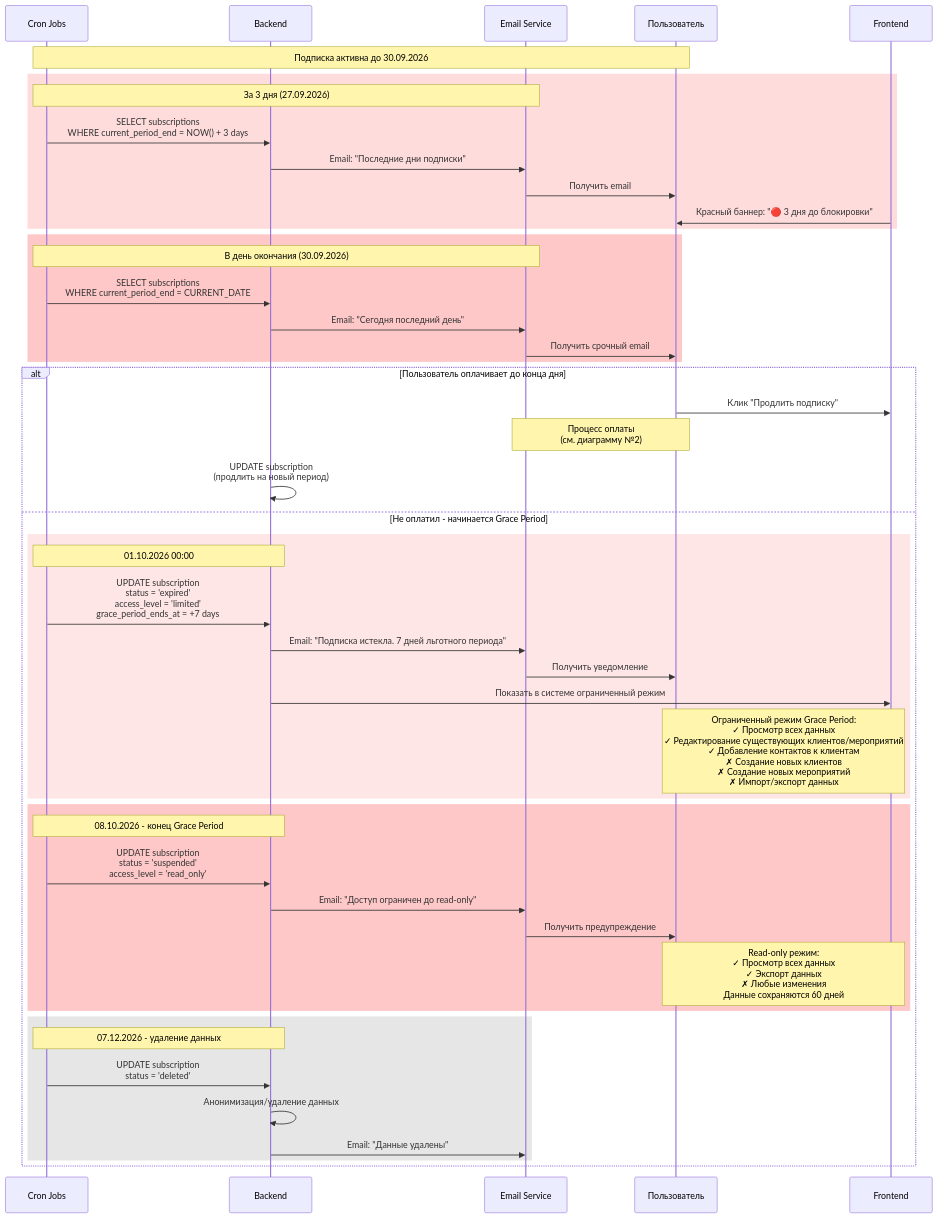
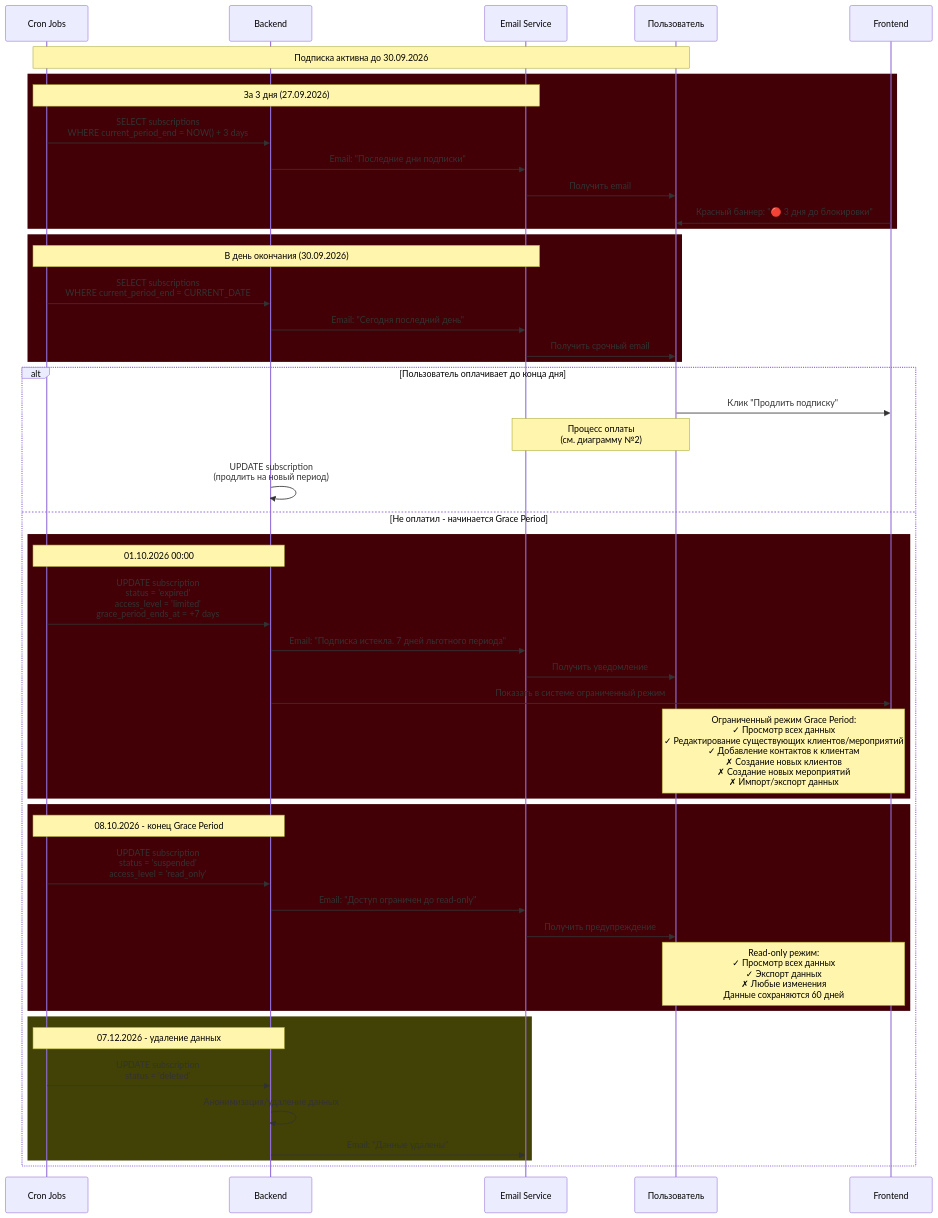
One commit to timz/anicrm-vuexy changed the third of 6 diagrams in tmp/anicrm-subscription-workflow.md. Above: the diagram before and after it, drawn with Mermaid. The commit also changed other lines of this file and 5 other files, not shown here.

````diff
--- a/tmp/anicrm-subscription-workflow.md
+++ b/tmp/anicrm-subscription-workflow.md
@@ -193,57 +193,57 @@
 ```mermaid
 sequenceDiagram
     participant C as Cron Jobs
     participant B as Backend
     participant E as Email Service
     participant U as Пользователь
     participant F as Frontend
     
     Note over C,U: Подписка активна до 30.09.2026
     
-    rect rgb(255, 220, 220)
+    rect rgb(66, 0, 6)
         Note over C,E: За 3 дня (27.09.2026)
         C->>B: SELECT subscriptions<br/>WHERE current_period_end = NOW() + 3 days
         B->>E: Email: "Последние дни подписки"
         E->>U: Получить email
         F->>U: Красный баннер: "🔴 3 дня до блокировки"
     end
     
-    rect rgb(255, 200, 200)
+    rect rgb(66, 0, 6)
         Note over C,E: В день окончания (30.09.2026)
         C->>B: SELECT subscriptions<br/>WHERE current_period_end = CURRENT_DATE
         B->>E: Email: "Сегодня последний день"
         E->>U: Получить срочный email
     end
     
     alt Пользователь оплачивает до конца дня
         U->>F: Клик "Продлить подписку"
         Note over U,E: Процесс оплаты<br/>(см. диаграмму №2)
         B->>B: UPDATE subscription<br/>(продлить на новый период)
     else Не оплатил - начинается Grace Period
-        rect rgb(255, 230, 230)
+        rect rgb(66, 0, 6)
             Note over C,B: 01.10.2026 00:00
             C->>B: UPDATE subscription<br/>status = 'expired'<br/>access_level = 'limited'<br/>grace_period_ends_at = +7 days
             B->>E: Email: "Подписка истекла. 7 дней льготного периода"
             E->>U: Получить уведомление
             B->>F: Показать в системе ограниченный режим
             
             Note over U,F: Ограниченный режим Grace Period:<br/>✓ Просмотр всех данных<br/>✓ Редактирование существующих клиентов/мероприятий<br/>✓ Добавление контактов к клиентам<br/>✗ Создание новых клиентов<br/>✗ Создание новых мероприятий<br/>✗ Импорт/экспорт данных
         end
         
-        rect rgb(255, 200, 200)
+        rect rgb(66, 0, 6)
             Note over C,B: 08.10.2026 - конец Grace Period
             C->>B: UPDATE subscription<br/>status = 'suspended'<br/>access_level = 'read_only'
             B->>E: Email: "Доступ ограничен до read-only"
             E->>U: Получить предупреждение
             
             Note over U,F: Read-only режим:<br/>✓ Просмотр всех данных<br/>✓ Экспорт данных<br/>✗ Любые изменения<br/>Данные сохраняются 60 дней
         end
         
-        rect rgb(230, 230, 230)
+        rect rgb(66, 66, 6)
             Note over C,B: 07.12.2026 - удаление данных
             C->>B: UPDATE subscription<br/>status = 'deleted'
             B->>B: Анонимизация/удаление данных
             B->>E: Email: "Данные удалены"
         end
     end
 ```
````
